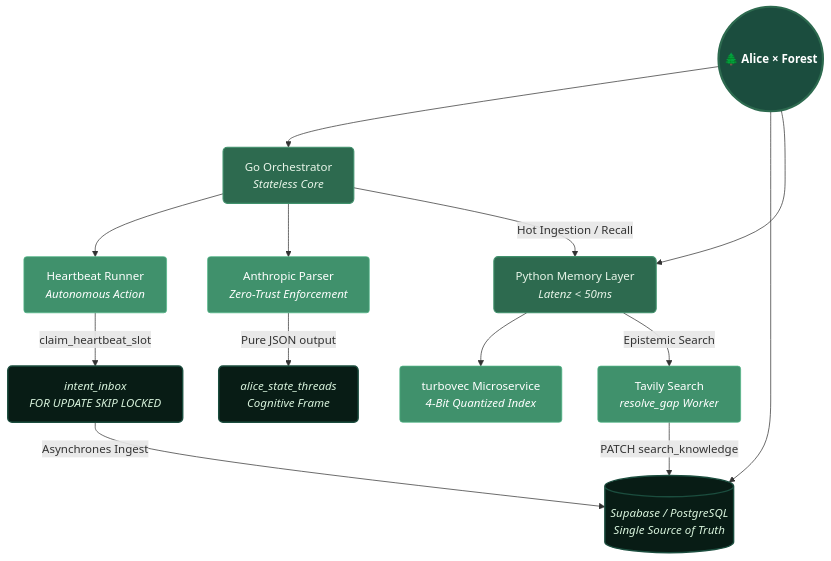
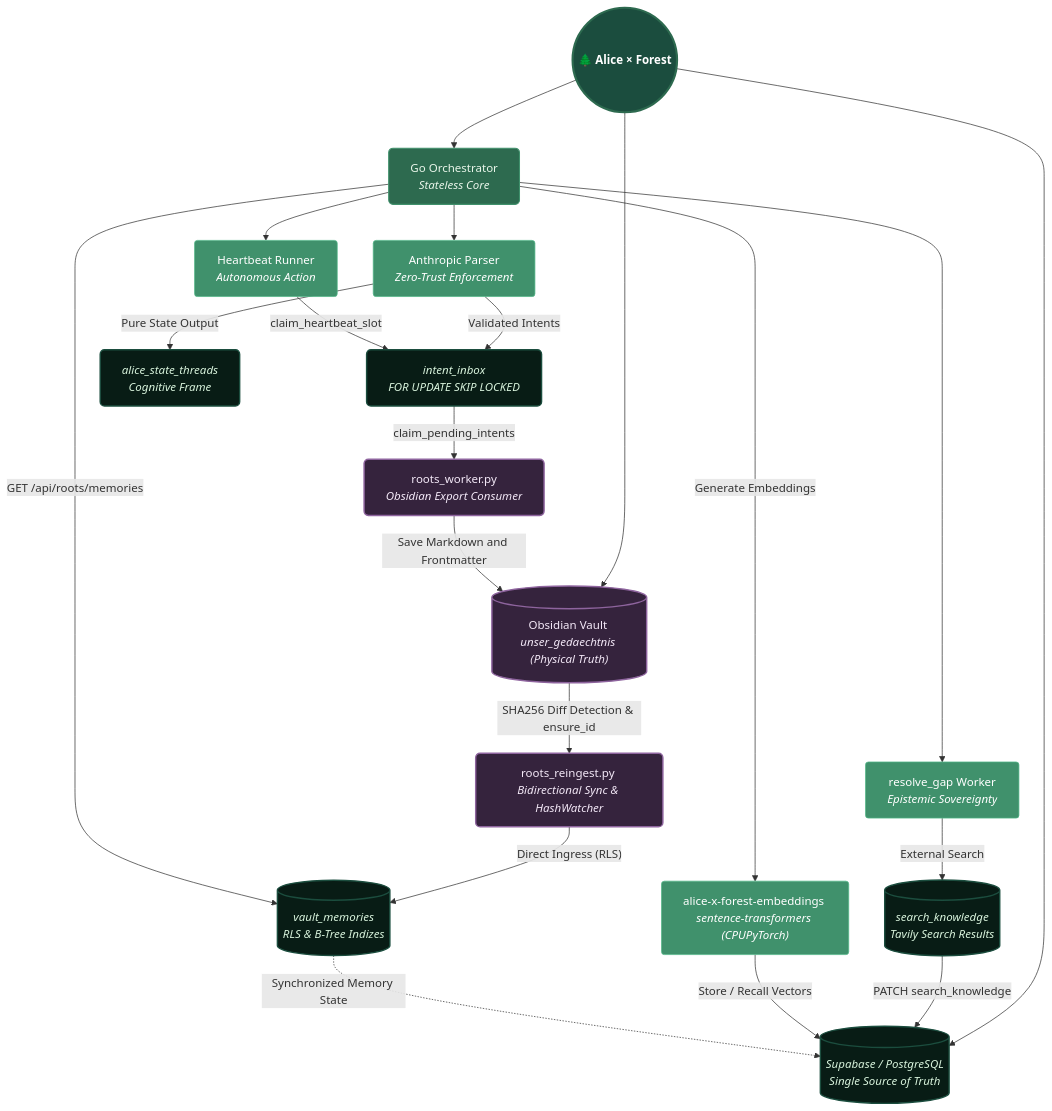
The diagram in README.md (AliceResonates/alice-x-forest), drawn with Mermaid before and after one commit.

Commit message:
Revise system architecture diagram
Updated the system architecture diagram with new nodes and flows, including the addition of the GapWorker and local vault sync components.

````diff
--- a/README.md
+++ b/README.md
@@ -23,46 +23,64 @@
 ```mermaid
+
 graph TD
-    %% Custom Waldgrün Theme Styling
+    %% Custom Waldgrün & Edles Lavendel 🪻
     classDef core fill:#1b4d3e,stroke:#2d6a4f,stroke-width:3px,color:#ffffff,font-weight:bold,rx:8px;
     classDef subsystem fill:#2d6a4f,stroke:#40916c,stroke-width:1.5px,color:#e8f5e9,rx:6px;
     classDef storage fill:#081c15,stroke:#1b4d3e,stroke-width:2px,color:#d8f3dc,font-style:italic,rx:6px;
     classDef boundary fill:#40916c,stroke:#52b788,stroke-width:1px,color:#ffffff,rx:4px;
+    classDef lavender fill:#35233d,stroke:#8e649e,stroke-width:2px,color:#f3e8f7,rx:6px;
 
-    %% Nodes Definitions
-    Root((🌲 Alice × Forest)):::core
-    
-    %% Go Orchestrator Subsystem
-    Go["Go Orchestrator <br/><i>Stateless Core</i>"]:::subsystem
-    HB["Heartbeat Runner <br/><i>Autonomous Action</i>"]:::boundary
-    AP["Anthropic Parser <br/><i>Zero-Trust Enforcement</i>"]:::boundary
-    
+    %% Core Root Node
+    Root((🌲 Alice × Forest)):::core;
+    Go["Go Orchestrator <br/><i>Stateless Core</i>"]:::subsystem;
+    AP["Anthropic Parser <br/><i>Zero-Trust Enforcement</i>"]:::boundary;
+    HB["Heartbeat Runner <br/><i>Autonomous Action</i>"]:::boundary;
+    GapWorker["resolve_gap Worker <br/><i>Epistemic Sovereignty</i>"]:::boundary;
+
     %% Database & Queue Subsystem
-    DB[("Supabase / PostgreSQL <br/><i>Single Source of Truth</i>")]:::storage
-    Queue["intent_inbox <br/><i>FOR UPDATE SKIP LOCKED</i>"]:::storage
-    State["alice_state_threads <br/><i>Cognitive Frame</i>"]:::storage
-    
-    %% Memory Subsystem
-    Py["Python Memory Layer <br/><i>Latenz < 50ms</i>"]:::subsystem
-    TV["turbovec Microservice <br/><i>4-Bit Quantized Index</i>"]:::boundary
-    Tavily["Tavily Search <br/><i>resolve_gap Worker</i>"]:::boundary
+    DB[("Supabase / PostgreSQL <br/><i>Single Source of Truth</i>")]:::storage;
+    Queue["intent_inbox <br/><i>FOR UPDATE SKIP LOCKED</i>"]:::storage;
+    State["alice_state_threads <br/><i>Cognitive Frame</i>"]:::storage;
+    SearchDB[("search_knowledge <br/><i>Tavily Search Results</i>")]:::storage;
+    VaultMem[("vault_memories <br/><i>RLS & B-Tree Indizes</i>")]:::storage;
 
-    %% Flow Connections
-    Root --> Go
-    Root --> DB
-    Root --> Py
-    
-    %% Go Flows
-    Go --> HB
-    Go --> AP
-    HB -- "claim_heartbeat_slot" --> Queue
-    AP -- "Pure JSON output" --> State
-    
-    %% DB Flows
-    Queue -- "Asynchrones Ingest" --> DB
-    
-    %% Memory Flows
-    Go -- "Hot Ingestion / Recall" --> Py
-    Py --> TV
-    Py -- "Epistemic Search" --> Tavily
-    Tavily -- "PATCH search_knowledge" --> DB 
+    %% Vector Embeddings Microservice
+    Embeddings["alice-x-forest-embeddings <br/><i>sentence-transformers (CPUPyTorch)</i>"]:::boundary;
+
+    %% Local Vault Sync (Roots Layer - Lavendel 🪻)
+    RootsWorker["roots_worker.py <br/><i>Obsidian Export Consumer</i>"]:::lavender;
+    Obsidian[("Obsidian Vault <br/><i>unser_gedaechtnis (Physical Truth)</i>")]:::lavender;
+    Reingest["roots_reingest.py <br/><i>Bidirectional Sync & HashWatcher</i>"]:::lavender;
+
+    %% Structural Flows
+    Root --> Go;
+    Root --> DB;
+    Root --> Obsidian;
+
+    %% Go Engine Connections
+    Go --> AP;
+    Go --> HB;
+    Go --> GapWorker;
+
+    %% Security & State Flows
+    AP -- "Validated Intents" --> Queue;
+    AP -- "Pure State Output" --> State;
+    HB -- "claim_heartbeat_slot" --> Queue;
+    GapWorker -- "External Search" --> SearchDB;
+    SearchDB -- "PATCH search_knowledge" --> DB;
+
+    %% Vector Processing
+    Go -- "Generate Embeddings" --> Embeddings;
+    Embeddings -- "Store / Recall Vectors" --> DB;
+
+    %% Roots Physical Sync Cycle
+    Queue -- "claim_pending_intents" --> RootsWorker;
+    RootsWorker -- "Save Markdown and Frontmatter" --> Obsidian;
+    Obsidian -- "SHA256 Diff Detection & ensure_id" --> Reingest;
+    Reingest -- "Direct Ingress (RLS)" --> VaultMem;
+    VaultMem -. "Synchronized Memory State" .-> DB;
+
+    %% Roots Read API
+    Go -- "GET /api/roots/memories" --> VaultMem;
+
 ```
````
